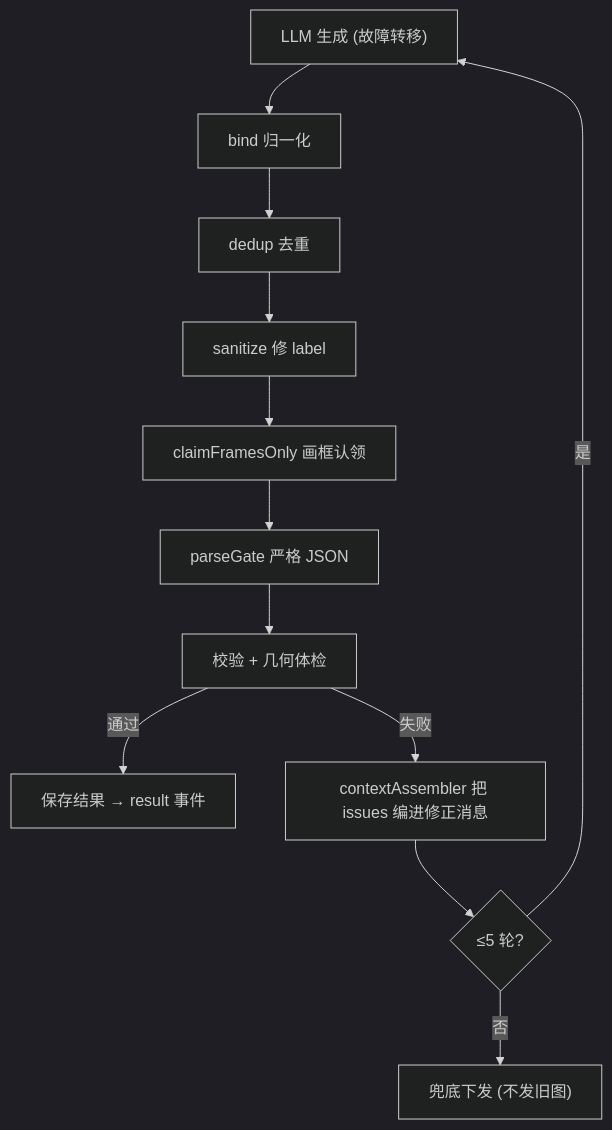
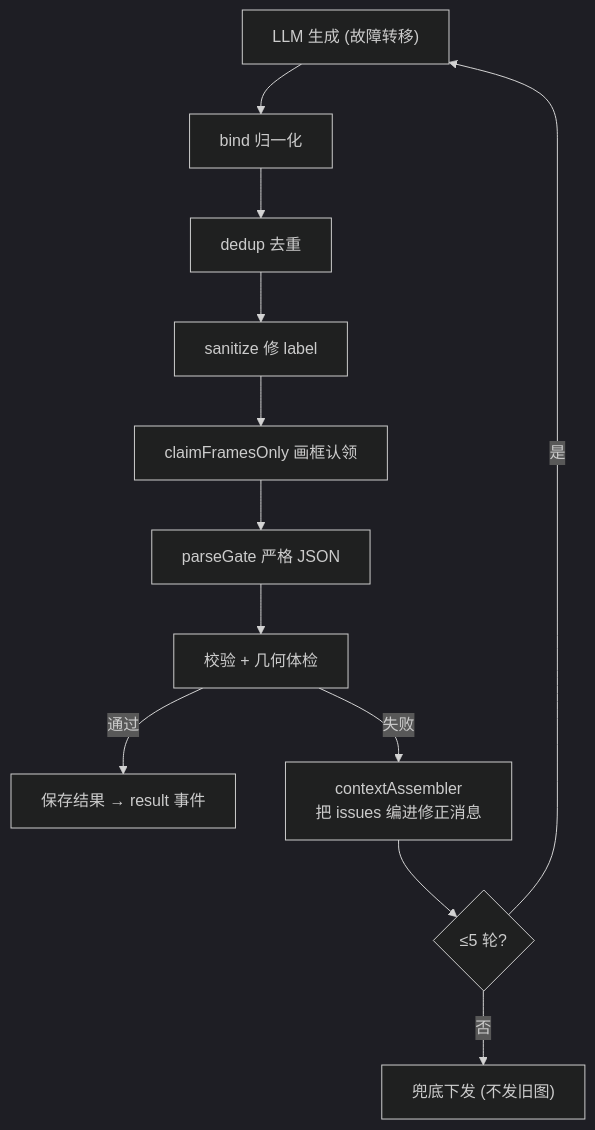
Before and after one commit to Nihao7-L/flowchart-ai: diagram 11 of 13 in workbuddyFlow/docs/FlowAI架构与交互机制.md, drawn with Mermaid (dark theme). The commit also changed other lines of this file, not shown here.

First line of the commit message:
docs: 修复架构文档 mermaid 图文字被裁——节点只留短名，细节下沉正文

````diff
--- a/workbuddyFlow/docs/FlowAI架构与交互机制.md
+++ b/workbuddyFlow/docs/FlowAI架构与交互机制.md
@@ -369,14 +376,14 @@
 ```mermaid
 flowchart TD
   G["LLM 生成 (故障转移)"] --> B["bind 归一化"]
   B --> D["dedup 去重"]
   D --> S["sanitize 修 label"]
   S --> C["claimFramesOnly 画框认领"]
   C --> P["parseGate 严格 JSON"]
   P --> V["校验 + 几何体检"]
   V -->|"通过"| Save["保存结果 → result 事件"]
-  V -->|"失败"| Fix["contextAssembler 把 issues 编进修正消息"]
+  V -->|"失败"| Fix["contextAssembler<br/>把 issues 编进修正消息"]
   Fix --> R{"≤5 轮?"}
   R -->|"是"| G
   R -->|"否"| Fall["兜底下发 (不发旧图)"]
 ```
````
